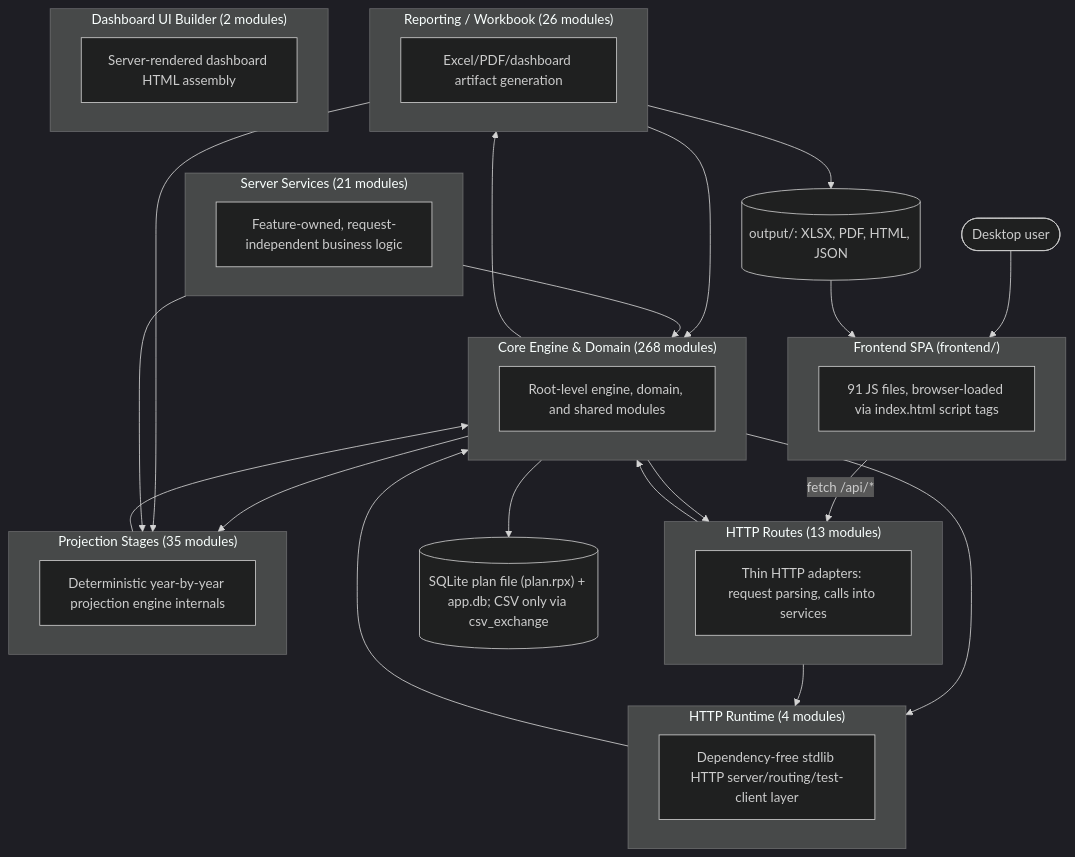
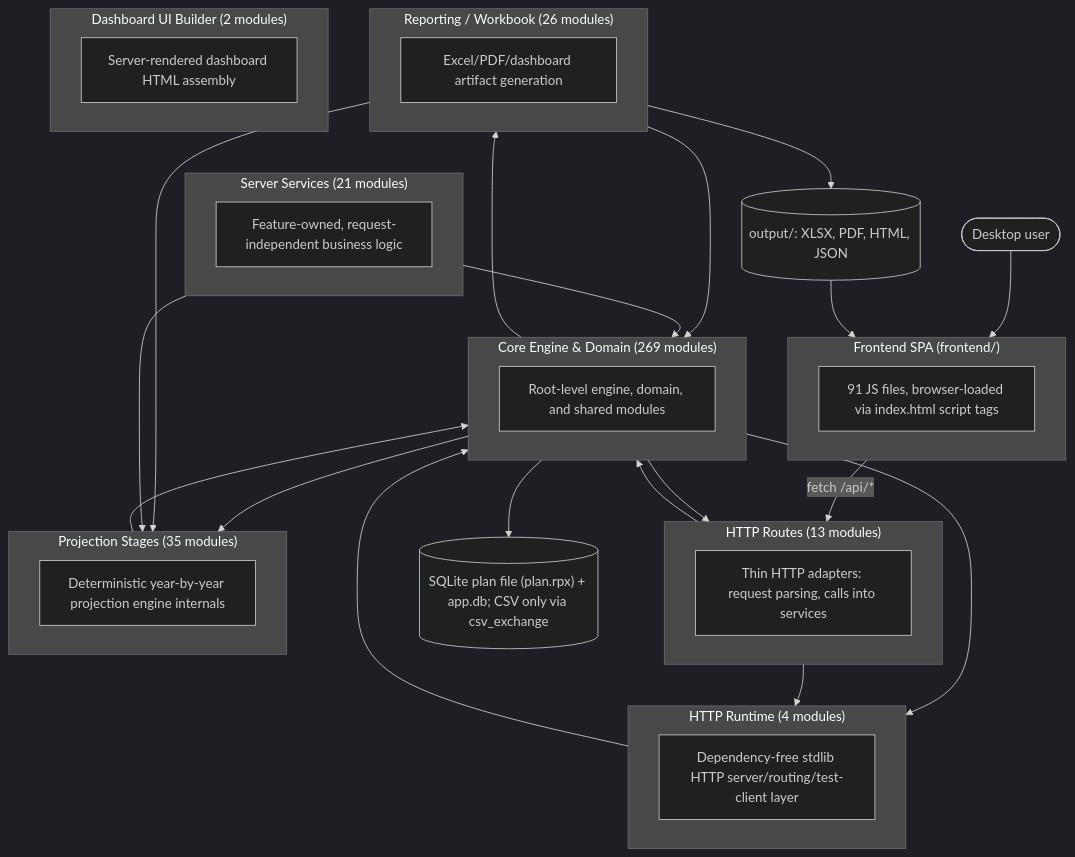
One commit to matthartzman/retirement_system changed the first of 2 diagrams in documentation/reference/SYSTEM_ARCHITECTURE_DIAGRAM.md. Above: the diagram before and after it, drawn with Mermaid (dark theme). The commit also changed other lines of this file and 6 other files, not shown here.

Commit message:
Phase 7 gates: no direct csv use in monarch_upload, skip-free junction test, frontend path out of the attack test, diagram, stray control character in a Phase 6 doc

````diff
--- a/documentation/reference/SYSTEM_ARCHITECTURE_DIAGRAM.md
+++ b/documentation/reference/SYSTEM_ARCHITECTURE_DIAGRAM.md
@@ -11,44 +11,44 @@
 ```mermaid
 flowchart TB
     User(["Desktop user"]) --> FE
     subgraph FE["Frontend SPA (frontend/)"]
         FEcount["91 JS files, browser-loaded via index.html script tags"]
     end
     FE -->|fetch /api/*| L_HTTP_Routes
     subgraph L_HTTP_Routes["HTTP Routes (13 modules)"]
         L_HTTP_Routes_d["Thin HTTP adapters: request parsing, calls into services"]
     end
     subgraph L_Server_Services["Server Services (21 modules)"]
         L_Server_Services_d["Feature-owned, request-independent business logic"]
     end
     subgraph L_HTTP_Runtime["HTTP Runtime (4 modules)"]
         L_HTTP_Runtime_d["Dependency-free stdlib HTTP server/routing/test-client layer"]
     end
-    subgraph L_Core_Engine___Domain["Core Engine & Domain (268 modules)"]
+    subgraph L_Core_Engine___Domain["Core Engine & Domain (269 modules)"]
         L_Core_Engine___Domain_d["Root-level engine, domain, and shared modules"]
     end
     subgraph L_Projection_Stages["Projection Stages (35 modules)"]
         L_Projection_Stages_d["Deterministic year-by-year projection engine internals"]
     end
     subgraph L_Reporting___Workbook["Reporting / Workbook (26 modules)"]
         L_Reporting___Workbook_d["Excel/PDF/dashboard artifact generation"]
     end
     subgraph L_Dashboard_UI_Builder["Dashboard UI Builder (2 modules)"]
         L_Dashboard_UI_Builder_d["Server-rendered dashboard HTML assembly"]
     end
     L_Core_Engine___Domain --> L_HTTP_Routes
     L_Core_Engine___Domain --> L_HTTP_Runtime
     L_Core_Engine___Domain --> L_Projection_Stages
     L_Core_Engine___Domain --> L_Reporting___Workbook
     L_HTTP_Routes --> L_Core_Engine___Domain
     L_HTTP_Routes --> L_HTTP_Runtime
     L_HTTP_Runtime --> L_Core_Engine___Domain
     L_Projection_Stages --> L_Core_Engine___Domain
     L_Reporting___Workbook --> L_Core_Engine___Domain
     L_Reporting___Workbook --> L_Projection_Stages
     L_Server_Services --> L_Core_Engine___Domain
     L_Server_Services --> L_Projection_Stages
     L_Core_Engine___Domain --> DB[("SQLite plan file (plan.rpx) + app.db; CSV only via csv_exchange")]
     L_Reporting___Workbook --> Outputs[("output/: XLSX, PDF, HTML, JSON")]
     Outputs --> FE
 ```
````
